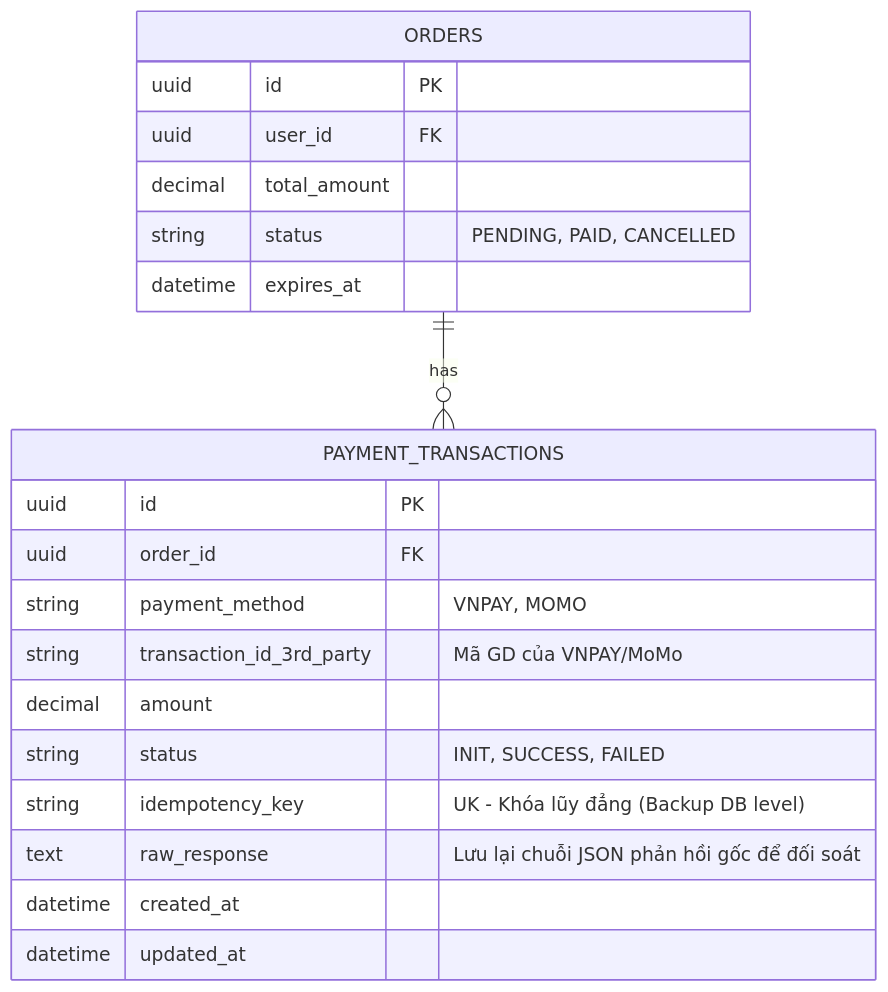
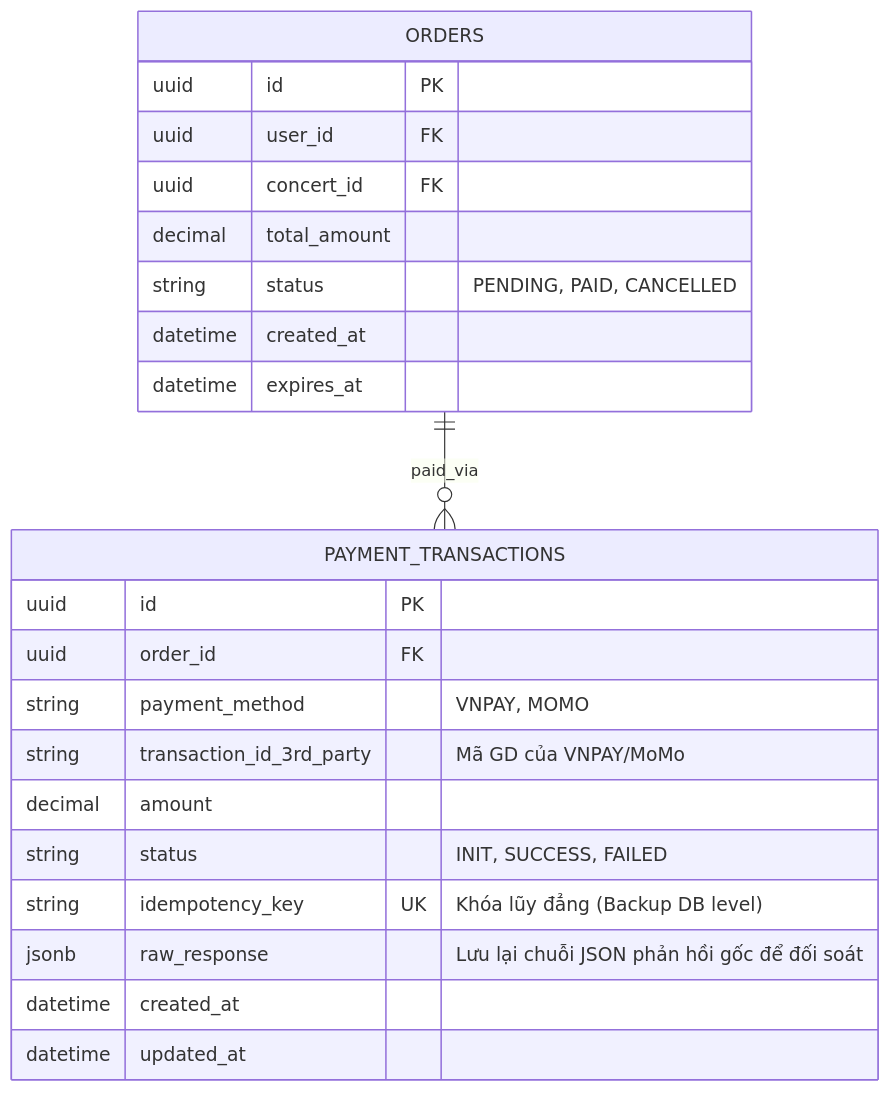
Before and after one commit to TuanDakLak/Ticket_Box: the diagram in docs/research/details/payments.md, drawn with Mermaid. The commit also changed other lines of this file and 4 other files, not shown here.

First line of the commit message:
feat(docs): Enhance documentation and database schema for ticketing system

````diff
--- a/docs/research/details/payments.md
+++ b/docs/research/details/payments.md
@@ -108,26 +89,28 @@
 ```mermaid
 erDiagram
-    ORDERS ||--o{ PAYMENT_TRANSACTIONS : has
+    ORDERS ||--o{ PAYMENT_TRANSACTIONS : paid_via
 
     ORDERS {
         uuid id PK
         uuid user_id FK
+        uuid concert_id FK
         decimal total_amount
         string status "PENDING, PAID, CANCELLED"
+        datetime created_at
         datetime expires_at
     }
 
     PAYMENT_TRANSACTIONS {
         uuid id PK
         uuid order_id FK
         string payment_method "VNPAY, MOMO"
         string transaction_id_3rd_party "Mã GD của VNPAY/MoMo"
         decimal amount
         string status "INIT, SUCCESS, FAILED"
-        string idempotency_key "UK - Khóa lũy đẳng (Backup DB level)"
-        text raw_response "Lưu lại chuỗi JSON phản hồi gốc để đối soát"
+        string idempotency_key UK "Khóa lũy đẳng (Backup DB level)"
+        jsonb raw_response "Lưu lại chuỗi JSON phản hồi gốc để đối soát"
         datetime created_at
         datetime updated_at
     }
 
 ```
````
